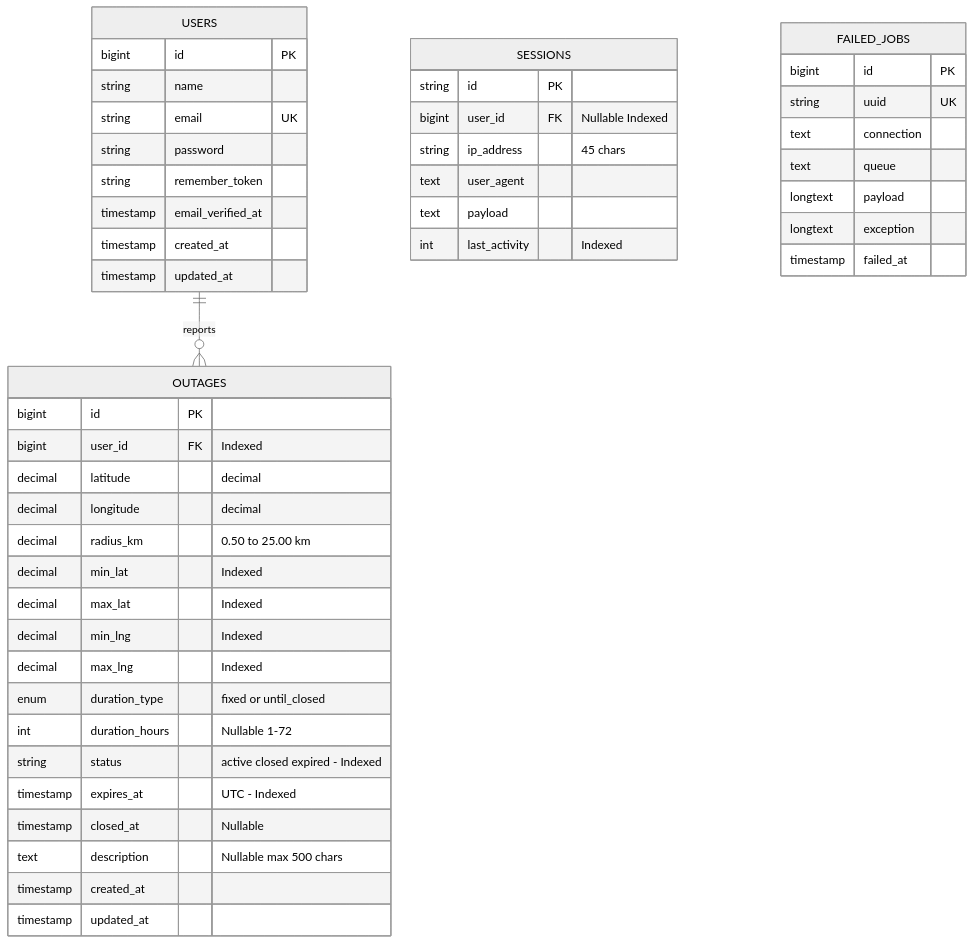
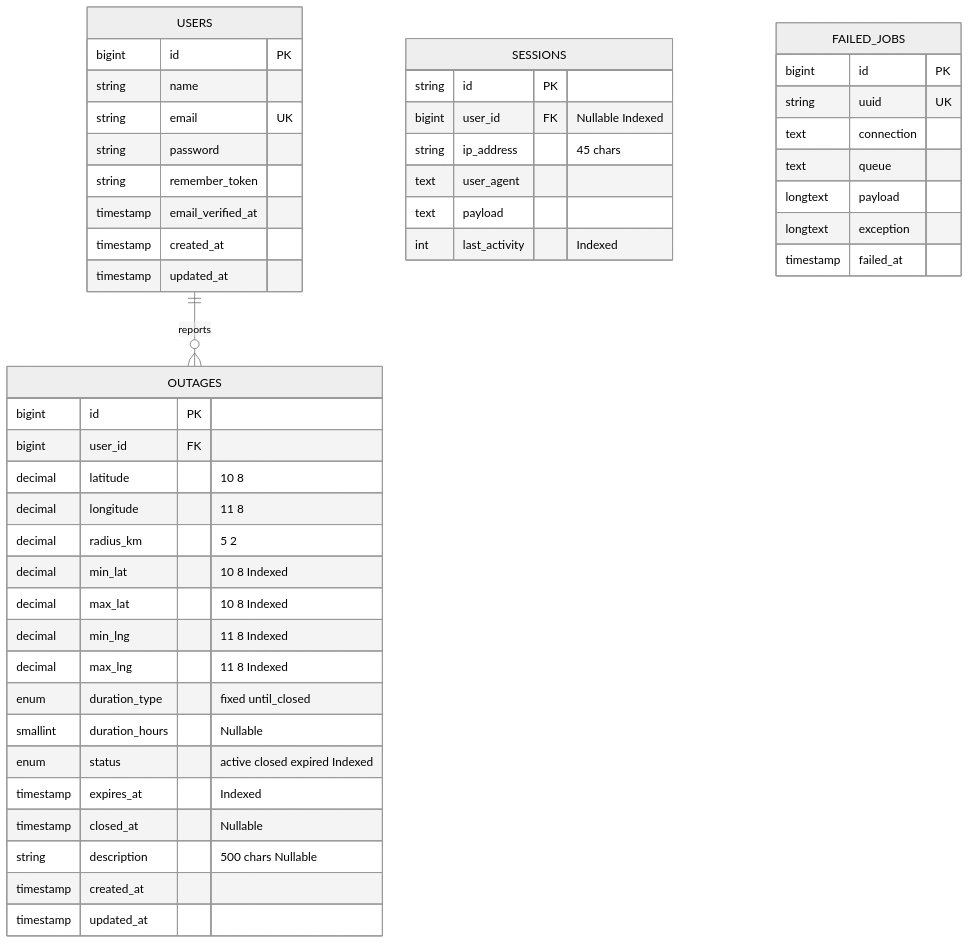
Before and after one commit to AlbertsH13/power-outage-map: the third of 5 diagrams in ARCHITECTURE.md, drawn with Mermaid (neutral theme). The commit also changed other lines of this file and 17 other files, not shown here.

Commit message:
refactor: extract domain actions, implement outage editing, add error pages and align architecture documentation

````diff
--- a/ARCHITECTURE.md
+++ b/ARCHITECTURE.md
@@ -117,53 +118,53 @@
 ```mermaid
 erDiagram
     USERS ||--o{ OUTAGES : "reports"
     USERS {
         bigint id PK
         string name
         string email UK
         string password
         string remember_token
         timestamp email_verified_at
         timestamp created_at
         timestamp updated_at
     }
 
     OUTAGES {
         bigint id PK
-        bigint user_id FK "Indexed"
-        decimal latitude "decimal"
-        decimal longitude "decimal"
-        decimal radius_km "0.50 to 25.00 km"
-        decimal min_lat "Indexed"
-        decimal max_lat "Indexed"
-        decimal min_lng "Indexed"
-        decimal max_lng "Indexed"
-        enum duration_type "fixed or until_closed"
-        int duration_hours "Nullable 1-72"
-        string status "active closed expired - Indexed"
-        timestamp expires_at "UTC - Indexed"
+        bigint user_id FK
+        decimal latitude "10 8"
+        decimal longitude "11 8"
+        decimal radius_km "5 2"
+        decimal min_lat "10 8 Indexed"
+        decimal max_lat "10 8 Indexed"
+        decimal min_lng "11 8 Indexed"
+        decimal max_lng "11 8 Indexed"
+        enum duration_type "fixed until_closed"
+        smallint duration_hours "Nullable"
+        enum status "active closed expired Indexed"
+        timestamp expires_at "Indexed"
         timestamp closed_at "Nullable"
-        text description "Nullable max 500 chars"
+        string description "500 chars Nullable"
         timestamp created_at
         timestamp updated_at
     }
 
     SESSIONS {
         string id PK
         bigint user_id FK "Nullable Indexed"
         string ip_address "45 chars"
         text user_agent
         text payload
         int last_activity "Indexed"
     }
 
     FAILED_JOBS {
         bigint id PK
         string uuid UK
         text connection
         text queue
         longtext payload
         longtext exception
         timestamp failed_at
     }
 ```
````
